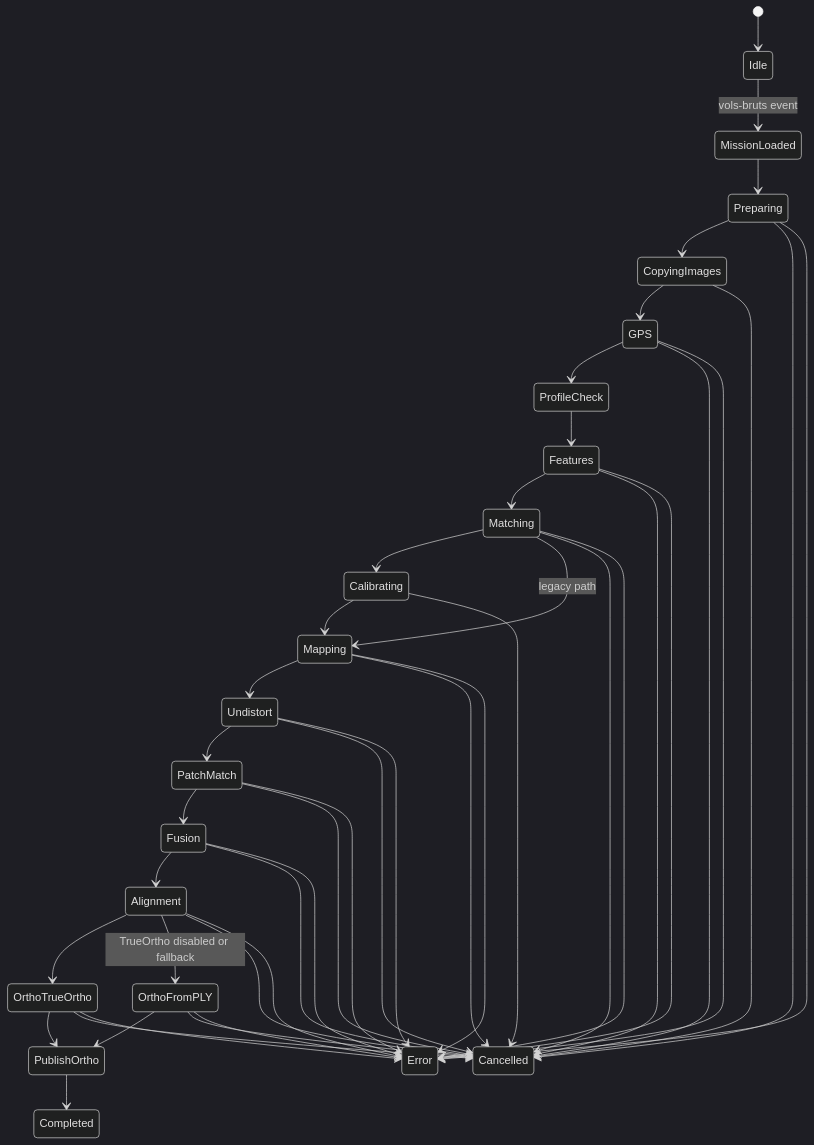
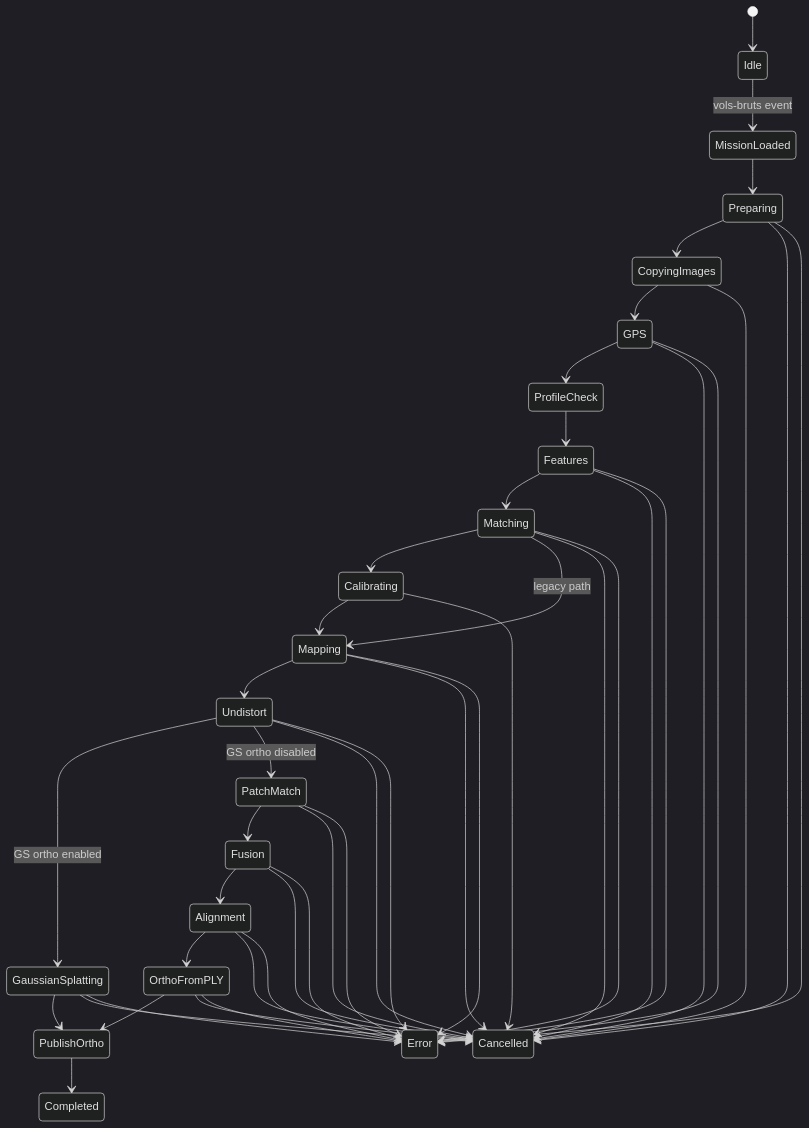
One commit to olivelb/DroneAI changed the third of 7 diagrams in DOCUMENTATION.md. Above: the diagram before and after it, drawn with Mermaid (dark theme). The commit also changed other lines of this file and 25 other files, not shown here.

First line of the commit message:
feat: 3D Gaussian Splatting orthophoto pipeline

````diff
--- a/DOCUMENTATION.md
+++ b/DOCUMENTATION.md
@@ -662,49 +671,49 @@
 ```mermaid
 stateDiagram-v2
     [*] --> Idle
     Idle --> MissionLoaded: vols-bruts event
     MissionLoaded --> Preparing
     Preparing --> CopyingImages
     CopyingImages --> GPS
     GPS --> ProfileCheck
     ProfileCheck --> Features
     Features --> Matching
     Matching --> Calibrating
     Matching --> Mapping: legacy path
     Calibrating --> Mapping
     Mapping --> Undistort
-    Undistort --> PatchMatch
+    Undistort --> GaussianSplatting: GS ortho enabled
+    Undistort --> PatchMatch: GS ortho disabled
+    GaussianSplatting --> PublishOrtho
     PatchMatch --> Fusion
     Fusion --> Alignment
-    Alignment --> OrthoTrueOrtho
-    Alignment --> OrthoFromPLY: TrueOrtho disabled or fallback
-    OrthoTrueOrtho --> PublishOrtho
+    Alignment --> OrthoFromPLY
     OrthoFromPLY --> PublishOrtho
     PublishOrtho --> Completed
 
     Preparing --> Cancelled
     CopyingImages --> Cancelled
     GPS --> Cancelled
     Features --> Cancelled
     Matching --> Cancelled
     Calibrating --> Cancelled
     Mapping --> Cancelled
     Undistort --> Cancelled
+    GaussianSplatting --> Cancelled
     PatchMatch --> Cancelled
     Fusion --> Cancelled
     Alignment --> Cancelled
-    OrthoTrueOrtho --> Cancelled
     OrthoFromPLY --> Cancelled
 
     Preparing --> Error
     GPS --> Error
     Features --> Error
     Matching --> Error
     Mapping --> Error
     Undistort --> Error
+    GaussianSplatting --> Error
     PatchMatch --> Error
     Fusion --> Error
     Alignment --> Error
-    OrthoTrueOrtho --> Error
     OrthoFromPLY --> Error
 ```
````
